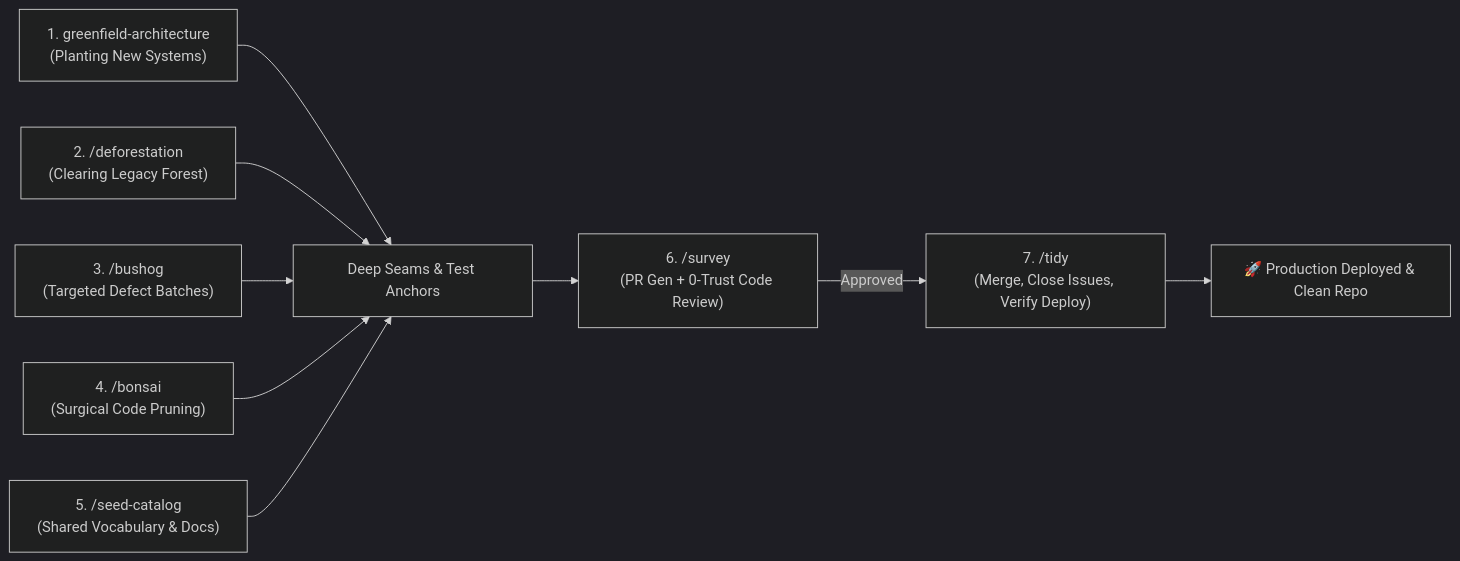
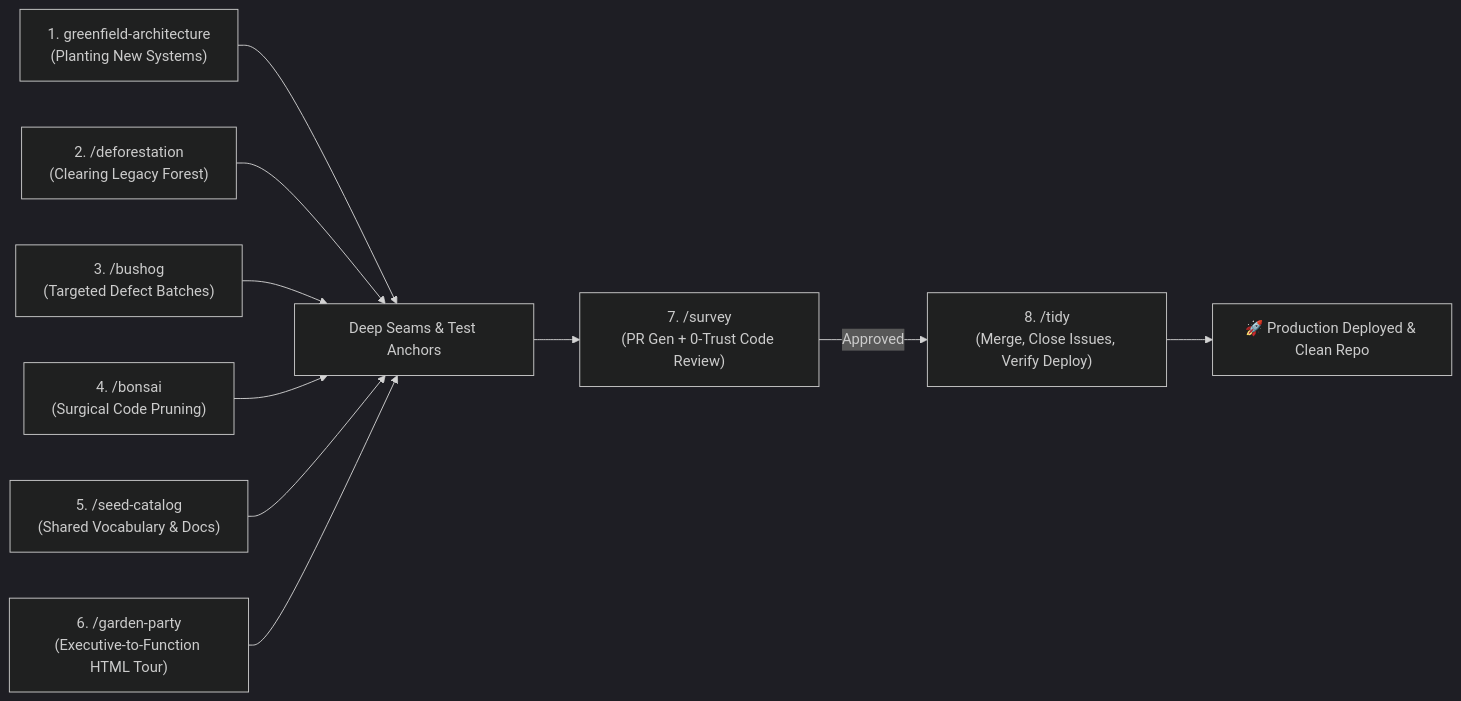
The first of 3 diagrams in README.md (mcmxciillan/code-gardening), drawn with Mermaid (dark theme) before and after one commit. The commit also changed other lines of this file and 8 other files, not shown here.

Commit message:
feat(garden-party): add /garden-party progressive-depth executive-to-function HTML showcase skill (#2)

````diff
--- a/README.md
+++ b/README.md
@@ -29,11 +30,12 @@
 ```mermaid
 graph LR
     A["1. greenfield-architecture<br>(Planting New Systems)"] --> G["Deep Seams & Test Anchors"]
     B["2. /deforestation<br>(Clearing Legacy Forest)"] --> G
     C["3. /bushog<br>(Targeted Defect Batches)"] --> G
     H["4. /bonsai<br>(Surgical Code Pruning)"] --> G
     S["5. /seed-catalog<br>(Shared Vocabulary & Docs)"] --> G
-    G --> D["6. /survey<br>(PR Gen + 0-Trust Code Review)"]
-    D -->|Approved| E["7. /tidy<br>(Merge, Close Issues, Verify Deploy)"]
+    P["6. /garden-party<br>(Executive-to-Function HTML Tour)"] --> G
+    G --> D["7. /survey<br>(PR Gen + 0-Trust Code Review)"]
+    D -->|Approved| E["8. /tidy<br>(Merge, Close Issues, Verify Deploy)"]
     E --> F["🚀 Production Deployed & Clean Repo"]
 ```
````
